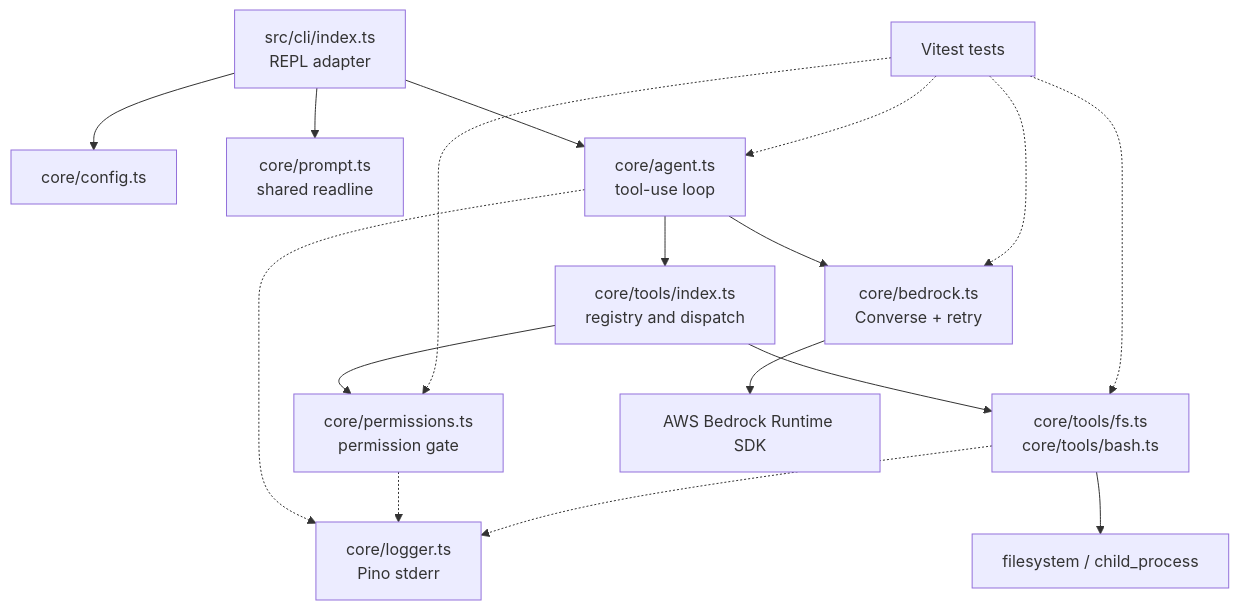
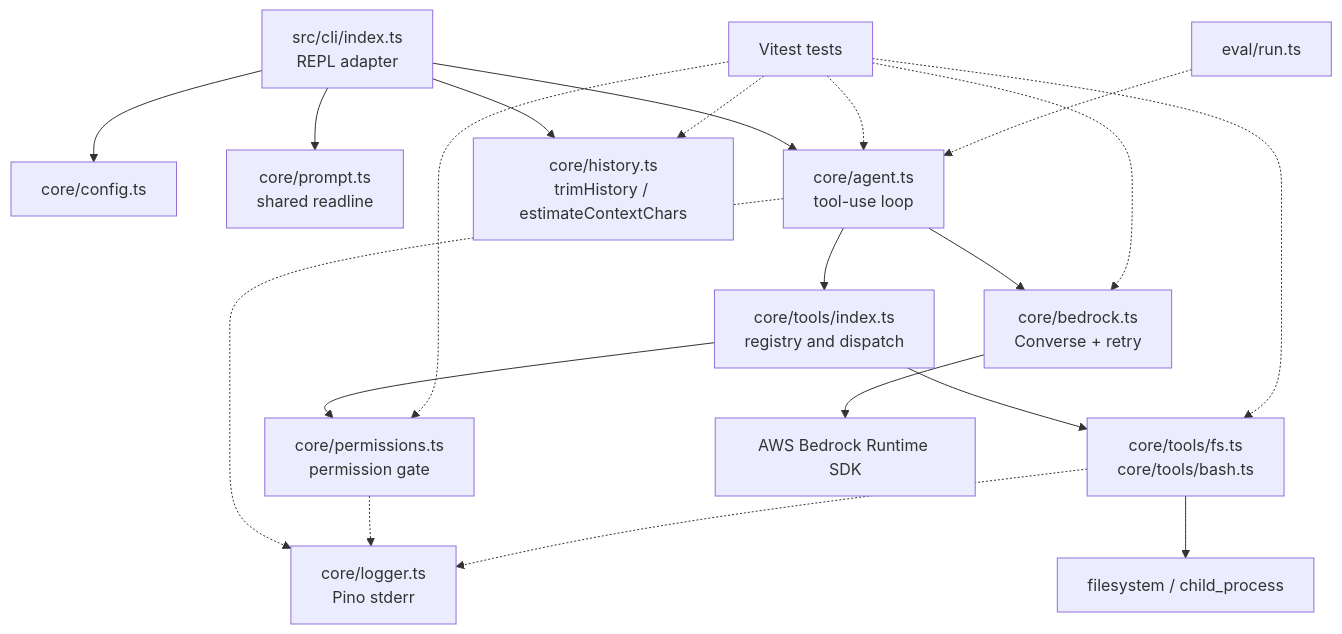
One commit to danielleit241/mini-harness changed the diagram in docs/system-architecture.md. Above: the diagram before and after it, drawn with Mermaid. The commit also changed other lines of this file and 9 other files, not shown here.

````diff
--- a/docs/system-architecture.md
+++ b/docs/system-architecture.md
@@ -7,19 +7,22 @@
 ```mermaid
 flowchart TB
     CLI["src/cli/index.ts\nREPL adapter"] --> CONFIG["core/config.ts"]
     CLI --> PROMPT["core/prompt.ts\nshared readline"]
     CLI --> AGENT["core/agent.ts\ntool-use loop"]
     AGENT --> BEDROCK["core/bedrock.ts\nConverse + retry"]
     AGENT --> DISPATCH["core/tools/index.ts\nregistry and dispatch"]
     DISPATCH --> PERM["core/permissions.ts\npermission gate"]
     DISPATCH --> TOOLS["core/tools/fs.ts\ncore/tools/bash.ts"]
     BEDROCK --> AWS["AWS Bedrock Runtime SDK"]
     TOOLS --> HOST["filesystem / child_process"]
+    CLI --> HISTORY["core/history.ts\ntrimHistory / estimateContextChars"]
     AGENT -.-> LOGGER["core/logger.ts\nPino stderr"]
     PERM -.-> LOGGER
     TOOLS -.-> LOGGER
     TESTS["Vitest tests"] -.-> AGENT
     TESTS -.-> BEDROCK
     TESTS -.-> PERM
     TESTS -.-> TOOLS
+    TESTS -.-> HISTORY
+    EVAL["eval/run.ts"] -.-> AGENT
 ```
````
